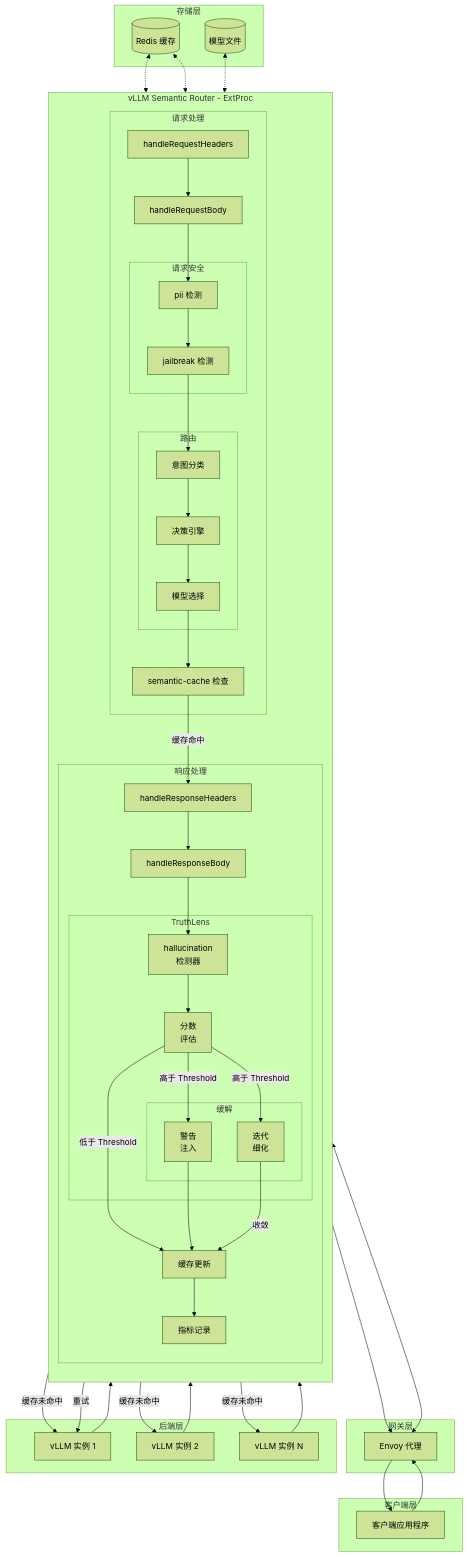
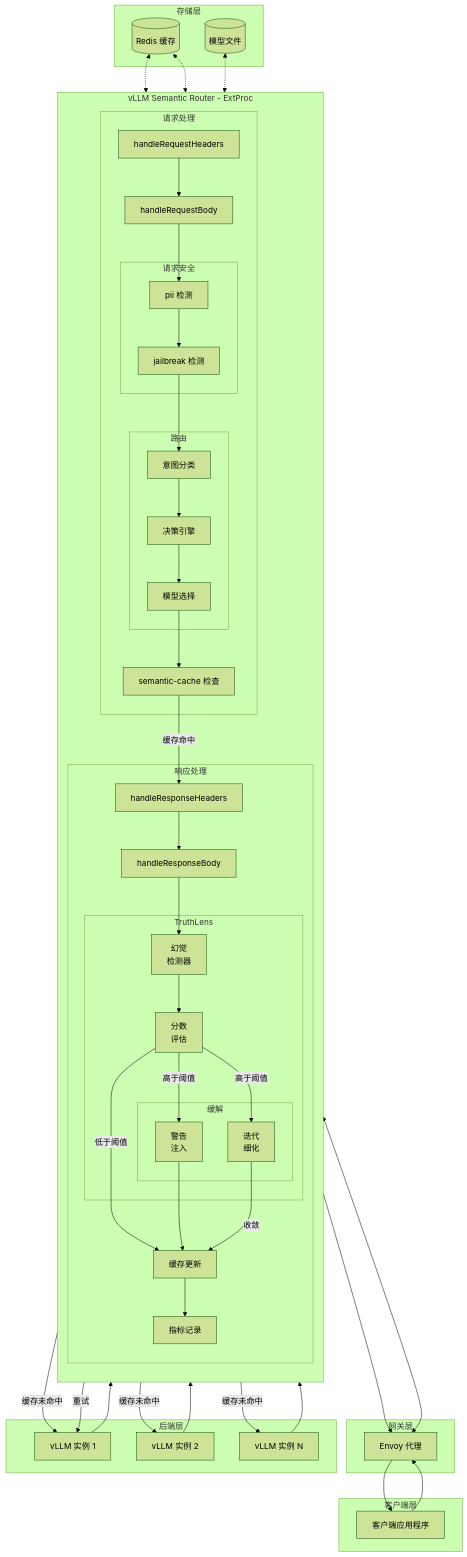
One commit to vllm-project/semantic-router changed the seventh of 7 diagrams in website/i18n/zh-Hans/docusaurus-plugin-content-docs/version-v0.1/proposals/hallucination-mitigation-milestone.md. Above: the diagram before and after it, drawn with Mermaid (forest theme). The commit also changed other lines of this file and 7 other files, not shown here.

```diff
--- a/website/i18n/zh-Hans/docusaurus-plugin-content-docs/version-v0.1/proposals/hallucination-mitigation-milestone.md
+++ b/website/i18n/zh-Hans/docusaurus-plugin-content-docs/version-v0.1/proposals/hallucination-mitigation-milestone.md
@@ -815,7 +815,7 @@
             RES_B[handleResponseBody]
 
             subgraph "TruthLens"
-                DETECT[hallucination<br/>检测器]
+                DETECT[幻觉<br/>检测器]
                 SCORE[分数<br/>评估]
 
                 subgraph "缓解"
@@ -863,9 +863,9 @@
     RES_B --> DETECT
     DETECT --> SCORE
 
-    SCORE -->|低于 Threshold| CACHE_UPD
-    SCORE -->|高于 Threshold| WARN
-    SCORE -->|高于 Threshold| REFINE
+    SCORE -->|低于阈值| CACHE_UPD
+    SCORE -->|高于阈值| WARN
+    SCORE -->|高于阈值| REFINE
 
     WARN --> CACHE_UPD
     REFINE -->|重试| VLLM1
```
